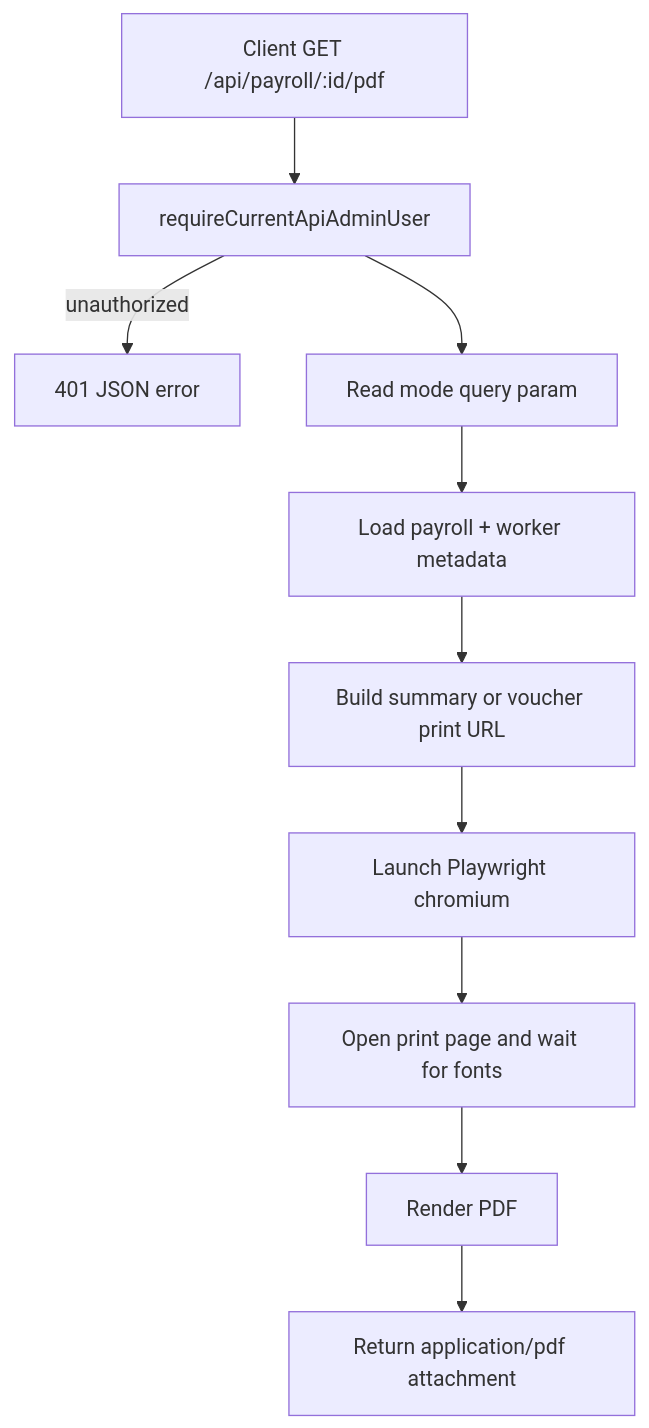
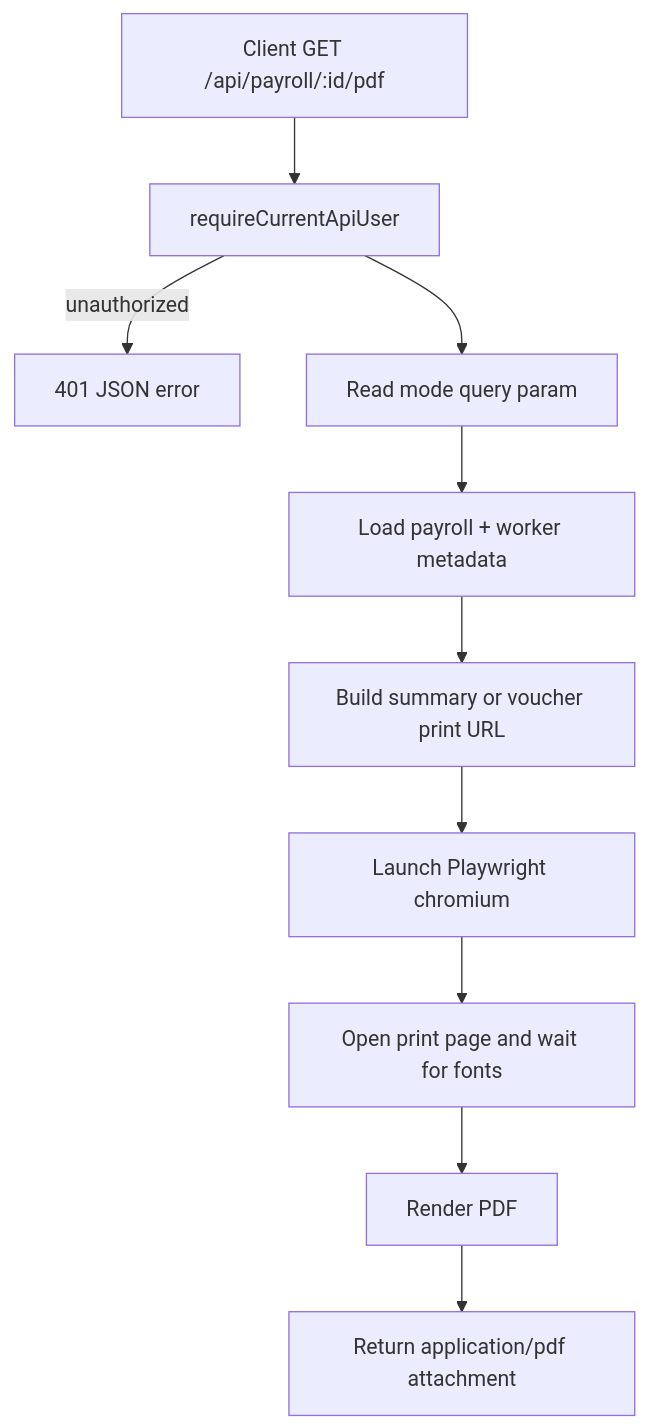
The second of 5 diagrams in .codex/docs/api-workflows.md (daniellim922/One-Laundry-Project-Alpha-v1), drawn with Mermaid before and after one commit. The commit also changed other lines of this file and 73 other files, not shown here.

First line of the commit message:
refactor: update authentication flow and documentation

````diff
--- a/.codex/docs/api-workflows.md
+++ b/.codex/docs/api-workflows.md
@@ -45,12 +45,12 @@
 ```mermaid
 flowchart TD
-    A[Client GET /api/payroll/:id/pdf] --> B[requireCurrentApiAdminUser]
+    A[Client GET /api/payroll/:id/pdf] --> B[requireCurrentApiUser]
     B -->|unauthorized| X[401 JSON error]
     B --> C[Read mode query param]
     C --> D[Load payroll + worker metadata]
     D --> E[Build summary or voucher print URL]
     E --> F[Launch Playwright chromium]
     F --> G[Open print page and wait for fonts]
     G --> H[Render PDF]
     H --> I[Return application/pdf attachment]
 ```
````
